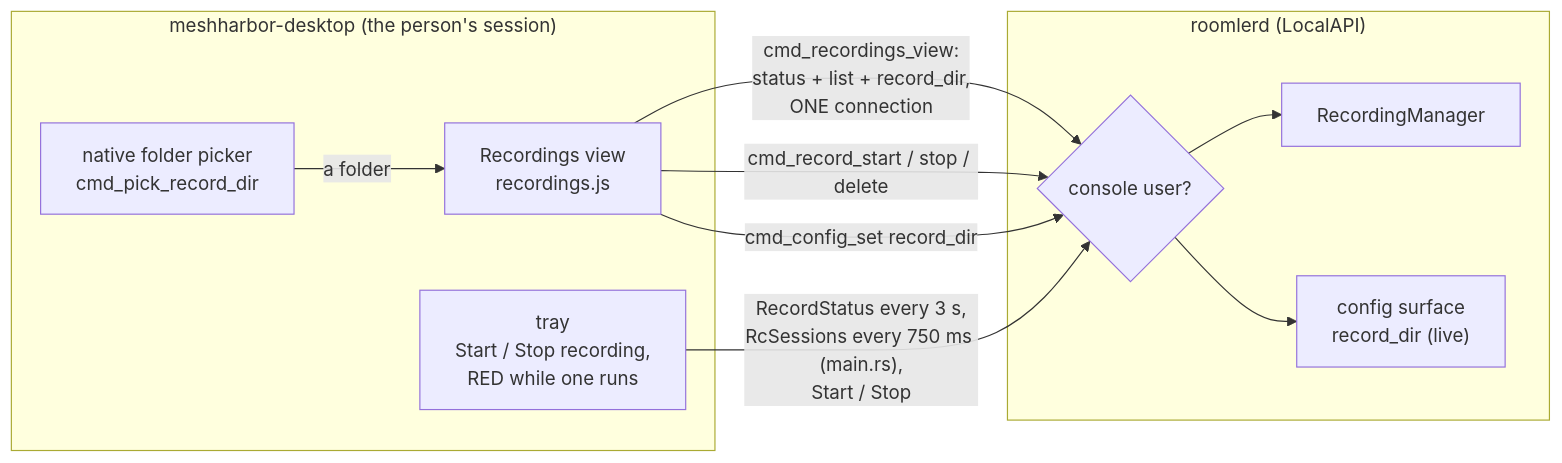
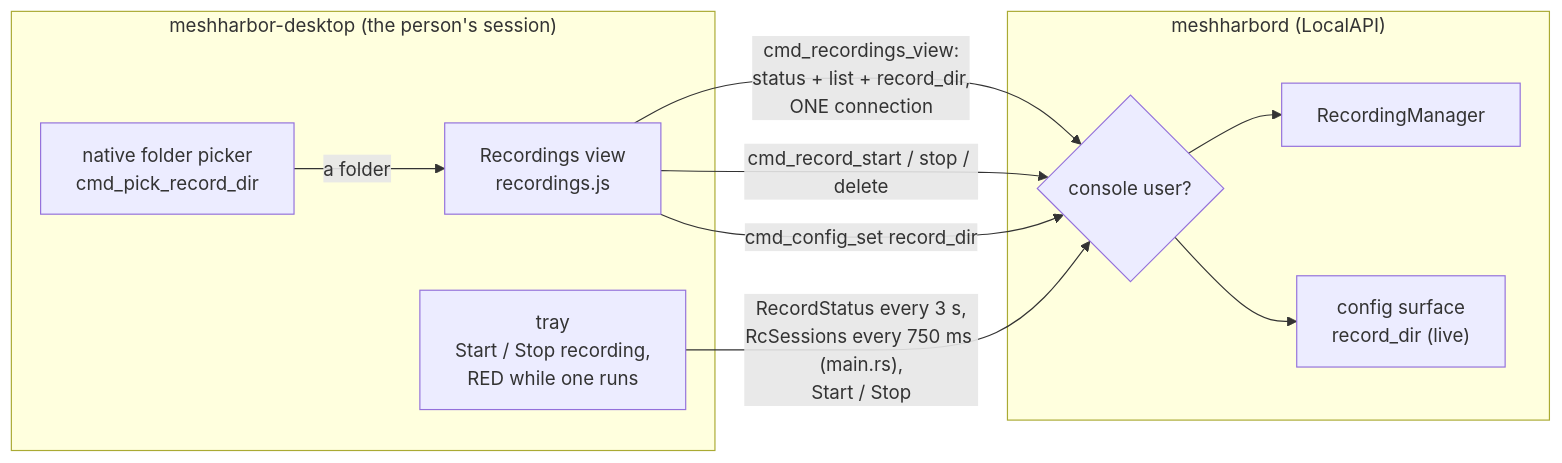
The seventh of 15 diagrams in docs/recording.md (jk-zhang-meta/MeshHarbor), drawn with Mermaid before and after one commit. The commit also changed other lines of this file and 682 other files, not shown here.

````diff
--- a/docs/recording.md
+++ b/docs/recording.md
@@ -554,20 +554,20 @@
 ```mermaid
 flowchart LR
     subgraph companion["meshharbor-desktop (the person's session)"]
       V["Recordings view<br/>recordings.js"]
       T["tray<br/>Start / Stop recording,<br/>RED while one runs"]
       P["native folder picker<br/>cmd_pick_record_dir"]
     end
-    subgraph daemon["roomlerd (LocalAPI)"]
+    subgraph daemon["meshharbord (LocalAPI)"]
       G{"console user?"}
       M["RecordingManager"]
       C["config surface<br/>record_dir (live)"]
     end
     V -- "cmd_recordings_view:<br/>status + list + record_dir,<br/>ONE connection" --> G
     V -- "cmd_record_start / stop / delete" --> G
     T -- "RecordStatus every 3 s,<br/>RcSessions every 750 ms (main.rs),<br/>Start / Stop" --> G
     P -- "a folder" --> V
     V -- "cmd_config_set record_dir" --> G
     G --> M
     G --> C
 ```
````
